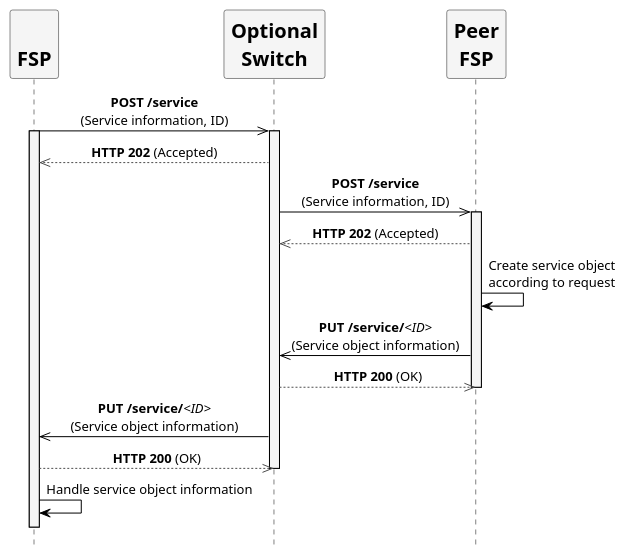
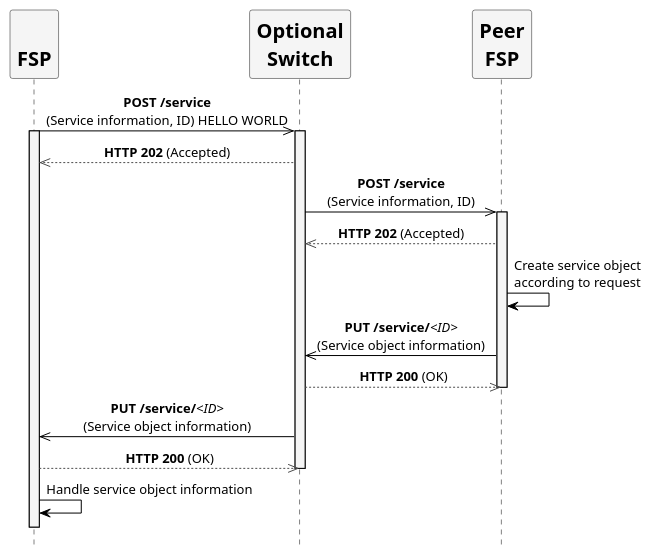
One commit to mojaloop/documentation changed the diagram in docs/api/assets/diagrams/sequence/figure1_http-timeout.plantuml. Above: the diagram before and after it, drawn with PlantUML.

Commit message:
test: svg change

```diff
--- a/docs/api/assets/diagrams/sequence/figure1_http-timeout.plantuml
+++ b/docs/api/assets/diagrams/sequence/figure1_http-timeout.plantuml
@@ -24,45 +24,45 @@
 @startuml
 ' declaring skinparam
 skinparam sequenceMessageAlign center
 skinparam shadowing false
 skinparam defaultFontName Verdana
 skinparam monochrome true
 skinparam SequenceLifeLineBackgroundColor WhiteSmoke
 skinparam SequenceLifeLineBorderColor Black
 skinparam ParticipantFontStyle Bold
 skinparam ParticipantFontSize 20
 skinparam ParticipantBackgroundColor WhiteSmoke
 skinparam sequencearrowcolor Black
 
 hide footbox
 
 ' declare title
 ' title HTTP POST call flow
 
 ' Actor Keys:
 ' participant - FSP, Peer FSP and Optional Switch
 
 ' declare actors
 participant "\nFSP" as FSP
 participant "Optional\nSwitch" as Switch
 participant "Peer\nFSP" as PEERFSP
 
 ' start flow
-FSP ->> Switch: **POST /service**\n(Service information, ID)
+FSP ->> Switch: **POST /service**\n(Service information, ID) HELLO WORLD
 activate FSP
 activate Switch
 FSP <<[#Red]-- Switch : **HTTP 202** (Accepted)
 Switch ->> PEERFSP: **POST /service**\n(Service information, ID)
 activate PEERFSP
 Switch <<[#Red]-- PEERFSP: **HTTP 202** (Accepted)
 PEERFSP -> PEERFSP: Create service object\naccording to request
 Switch <<- PEERFSP: **PUT /service/**//<ID>//\n(Service object information)
 Switch --[#Red]>> PEERFSP: **HTTP 200** (OK)
 deactivate PEERFSP
 FSP <<- Switch: **PUT /service/**//<ID>//\n(Service object information)
 FSP --[#Red]>> Switch: **HTTP 200** (OK)
 deactivate Switch
 FSP -> FSP: Handle service object information
 FSP -[hidden]> Switch
 deactivate FSP
 @enduml
```
